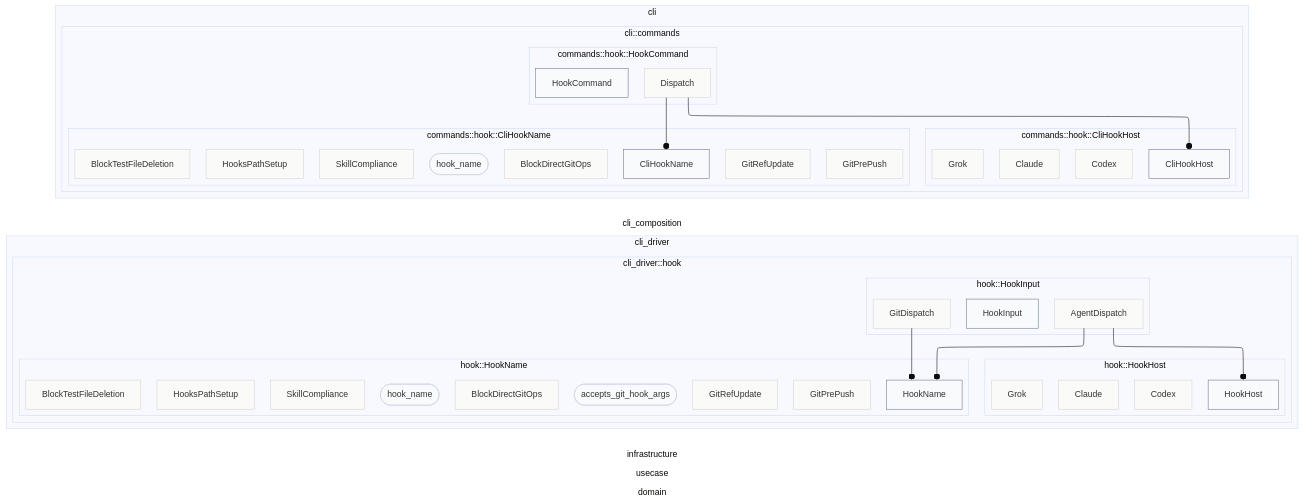
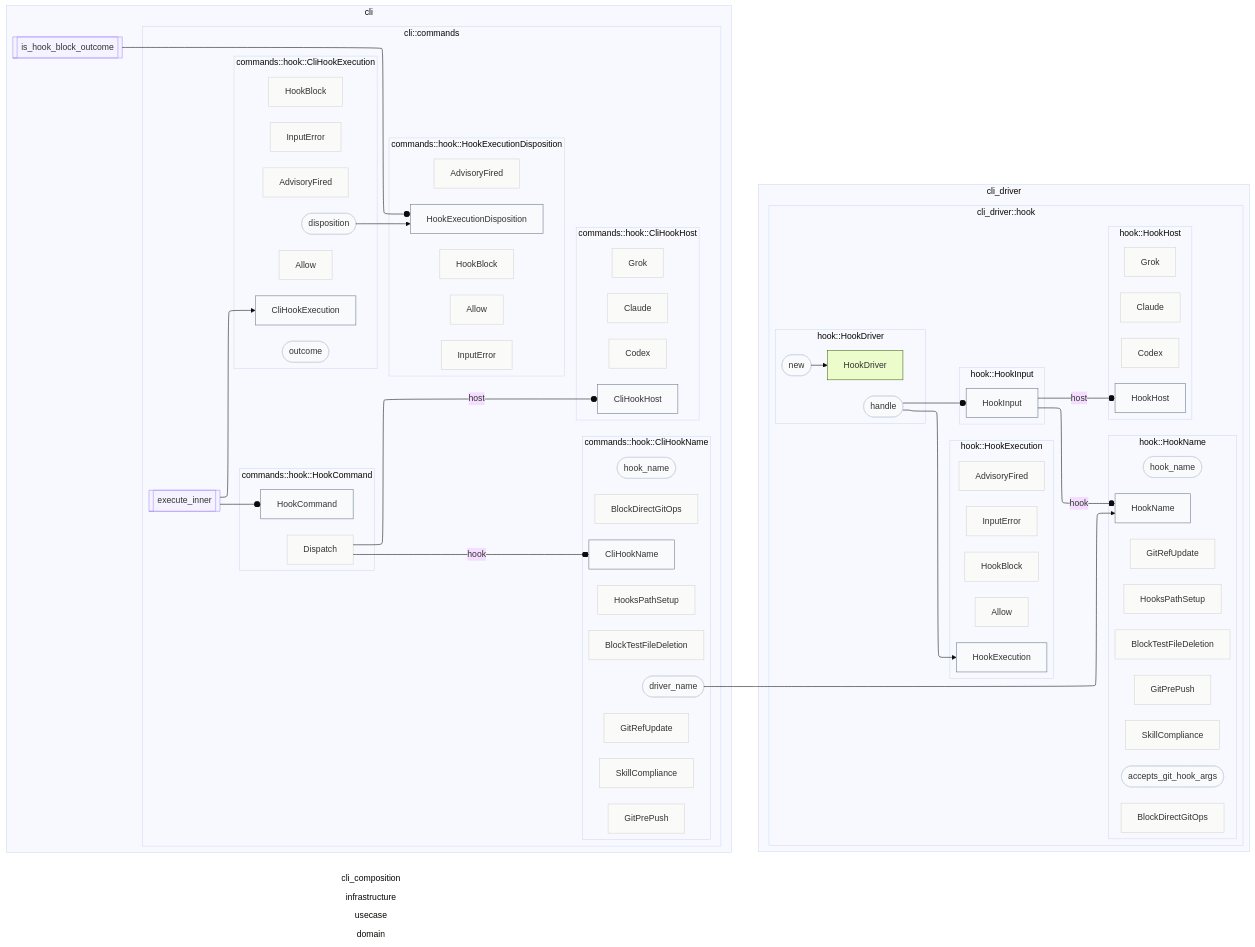
One commit to Flip451/SoTOHE-core changed the diagram in track/items/2026-09-05-hook-explicit-host-input-contract/contract-map.md. Above: the diagram before and after it, drawn with Mermaid (base theme). The commit also changed 42 other files, not shown here.

Commit message:
feat(hooks): require explicit host dispatch

````diff
--- a/track/items/2026-09-05-hook-explicit-host-input-contract/contract-map.md
+++ b/track/items/2026-09-05-hook-explicit-host-input-contract/contract-map.md
@@ -45,6 +45,14 @@
   direction TB
   subgraph M58_10_636c695f647269766572_10_636c695f647269766572_4_686f6f6b["cli_driver::hook"]
     direction TB
+  subgraph T77_10_636c695f647269766572_10_636c695f647269766572_13_486f6f6b457865637574696f6e["hook::HookExecution"]
+    direction TB
+    T77_10_636c695f647269766572_10_636c695f647269766572_13_486f6f6b457865637574696f6e__self[HookExecution]
+    T77_10_636c695f647269766572_10_636c695f647269766572_13_486f6f6b457865637574696f6e_InputError[InputError]
+    T77_10_636c695f647269766572_10_636c695f647269766572_13_486f6f6b457865637574696f6e_HookBlock[HookBlock]
+    T77_10_636c695f647269766572_10_636c695f647269766572_13_486f6f6b457865637574696f6e_AdvisoryFired[AdvisoryFired]
+    T77_10_636c695f647269766572_10_636c695f647269766572_13_486f6f6b457865637574696f6e_Allow[Allow]
+  end
   subgraph T66_10_636c695f647269766572_10_636c695f647269766572_8_486f6f6b486f7374["hook::HookHost"]
     direction TB
     T66_10_636c695f647269766572_10_636c695f647269766572_8_486f6f6b486f7374__self[HookHost]
@@ -52,11 +60,15 @@
     T66_10_636c695f647269766572_10_636c695f647269766572_8_486f6f6b486f7374_Codex[Codex]
     T66_10_636c695f647269766572_10_636c695f647269766572_8_486f6f6b486f7374_Grok[Grok]
   end
+  subgraph T107_10_636c695f647269766572_10_636c695f647269766572_28_636c695f6472697665723a3a686f6f6b3a3a486f6f6b447269766572["hook::HookDriver"]
+    direction TB
+    T107_10_636c695f647269766572_10_636c695f647269766572_28_636c695f6472697665723a3a686f6f6b3a3a486f6f6b447269766572__self[HookDriver]
+    T107_10_636c695f647269766572_10_636c695f647269766572_28_636c695f6472697665723a3a686f6f6b3a3a486f6f6b447269766572_new([new])
+    T107_10_636c695f647269766572_10_636c695f647269766572_28_636c695f6472697665723a3a686f6f6b3a3a486f6f6b447269766572_handle([handle])
+  end
   subgraph T105_10_636c695f647269766572_10_636c695f647269766572_27_636c695f6472697665723a3a686f6f6b3a3a486f6f6b496e707574["hook::HookInput"]
     direction TB
     T105_10_636c695f647269766572_10_636c695f647269766572_27_636c695f6472697665723a3a686f6f6b3a3a486f6f6b496e707574__self[HookInput]
-    T105_10_636c695f647269766572_10_636c695f647269766572_27_636c695f6472697665723a3a686f6f6b3a3a486f6f6b496e707574_AgentDispatch[AgentDispatch]
-    T105_10_636c695f647269766572_10_636c695f647269766572_27_636c695f6472697665723a3a686f6f6b3a3a486f6f6b496e707574_GitDispatch[GitDispatch]
   end
   subgraph T103_10_636c695f647269766572_10_636c695f647269766572_26_636c695f6472697665723a3a686f6f6b3a3a486f6f6b4e616d65["hook::HookName"]
     direction TB
@@ -77,14 +89,33 @@
 end
 subgraph L8_3_636c69["cli"]
   direction TB
+  F73_3_636c69_3_636c69_26_636c693a3a69735f686f6f6b5f626c6f636b5f6f7574636f6d65[[is_hook_block_outcome]]
   subgraph M36_3_636c69_3_636c69_8_636f6d6d616e6473["cli::commands"]
     direction TB
+  subgraph T53_3_636c69_3_636c69_16_436c69486f6f6b457865637574696f6e["commands::hook::CliHookExecution"]
+    direction TB
+    T53_3_636c69_3_636c69_16_436c69486f6f6b457865637574696f6e__self[CliHookExecution]
+    T53_3_636c69_3_636c69_16_436c69486f6f6b457865637574696f6e_InputError[InputError]
+    T53_3_636c69_3_636c69_16_436c69486f6f6b457865637574696f6e_HookBlock[HookBlock]
+    T53_3_636c69_3_636c69_16_436c69486f6f6b457865637574696f6e_AdvisoryFired[AdvisoryFired]
+    T53_3_636c69_3_636c69_16_436c69486f6f6b457865637574696f6e_Allow[Allow]
+    T53_3_636c69_3_636c69_16_436c69486f6f6b457865637574696f6e_outcome([outcome])
+    T53_3_636c69_3_636c69_16_436c69486f6f6b457865637574696f6e_disposition([disposition])
+  end
   subgraph T43_3_636c69_3_636c69_11_436c69486f6f6b486f7374["commands::hook::CliHookHost"]
     direction TB
     T43_3_636c69_3_636c69_11_436c69486f6f6b486f7374__self[CliHookHost]
     T43_3_636c69_3_636c69_11_436c69486f6f6b486f7374_Claude[Claude]
     T43_3_636c69_3_636c69_11_436c69486f6f6b486f7374_Codex[Codex]
     T43_3_636c69_3_636c69_11_436c69486f6f6b486f7374_Grok[Grok]
+  end
+  subgraph T69_3_636c69_3_636c69_24_486f6f6b457865637574696f6e446973706f736974696f6e["commands::hook::HookExecutionDisposition"]
+    direction TB
+    T69_3_636c69_3_636c69_24_486f6f6b457865637574696f6e446973706f736974696f6e__self[HookExecutionDisposition]
+    T69_3_636c69_3_636c69_24_486f6f6b457865637574696f6e446973706f736974696f6e_InputError[InputError]
+    T69_3_636c69_3_636c69_24_486f6f6b457865637574696f6e446973706f736974696f6e_HookBlock[HookBlock]
+    T69_3_636c69_3_636c69_24_486f6f6b457865637574696f6e446973706f736974696f6e_AdvisoryFired[AdvisoryFired]
+    T69_3_636c69_3_636c69_24_486f6f6b457865637574696f6e446973706f736974696f6e_Allow[Allow]
   end
   subgraph T85_3_636c69_3_636c69_32_636c693a3a636f6d6d616e64733a3a686f6f6b3a3a436c69486f6f6b4e616d65["commands::hook::CliHookName"]
     direction TB
@@ -96,25 +127,40 @@
     T85_3_636c69_3_636c69_32_636c693a3a636f6d6d616e64733a3a686f6f6b3a3a436c69486f6f6b4e616d65_GitPrePush[GitPrePush]
     T85_3_636c69_3_636c69_32_636c693a3a636f6d6d616e64733a3a686f6f6b3a3a436c69486f6f6b4e616d65_SkillCompliance[SkillCompliance]
     T85_3_636c69_3_636c69_32_636c693a3a636f6d6d616e64733a3a686f6f6b3a3a436c69486f6f6b4e616d65_hook_name([hook_name])
+    T85_3_636c69_3_636c69_32_636c693a3a636f6d6d616e64733a3a686f6f6b3a3a436c69486f6f6b4e616d65_driver_name([driver_name])
   end
   subgraph T85_3_636c69_3_636c69_32_636c693a3a636f6d6d616e64733a3a686f6f6b3a3a486f6f6b436f6d6d616e64["commands::hook::HookCommand"]
     direction TB
     T85_3_636c69_3_636c69_32_636c693a3a636f6d6d616e64733a3a686f6f6b3a3a486f6f6b436f6d6d616e64__self[HookCommand]
     T85_3_636c69_3_636c69_32_636c693a3a636f6d6d616e64733a3a686f6f6b3a3a486f6f6b436f6d6d616e64_Dispatch[Dispatch]
   end
+  F89_3_636c69_3_636c69_34_636c693a3a636f6d6d616e64733a3a686f6f6b3a3a657865637574655f696e6e6572[[execute_inner]]
   end
 end
-T105_10_636c695f647269766572_10_636c695f647269766572_27_636c695f6472697665723a3a686f6f6b3a3a486f6f6b496e707574_AgentDispatch --o T103_10_636c695f647269766572_10_636c695f647269766572_26_636c695f6472697665723a3a686f6f6b3a3a486f6f6b4e616d65__self
-T105_10_636c695f647269766572_10_636c695f647269766572_27_636c695f6472697665723a3a686f6f6b3a3a486f6f6b496e707574_AgentDispatch --o T66_10_636c695f647269766572_10_636c695f647269766572_8_486f6f6b486f7374__self
-T105_10_636c695f647269766572_10_636c695f647269766572_27_636c695f6472697665723a3a686f6f6b3a3a486f6f6b496e707574_GitDispatch --o T103_10_636c695f647269766572_10_636c695f647269766572_26_636c695f6472697665723a3a686f6f6b3a3a486f6f6b4e616d65__self
-T85_3_636c69_3_636c69_32_636c693a3a636f6d6d616e64733a3a686f6f6b3a3a486f6f6b436f6d6d616e64_Dispatch --o T85_3_636c69_3_636c69_32_636c693a3a636f6d6d616e64733a3a686f6f6b3a3a436c69486f6f6b4e616d65__self
-T85_3_636c69_3_636c69_32_636c693a3a636f6d6d616e64733a3a686f6f6b3a3a486f6f6b436f6d6d616e64_Dispatch --o T43_3_636c69_3_636c69_11_436c69486f6f6b486f7374__self
+T107_10_636c695f647269766572_10_636c695f647269766572_28_636c695f6472697665723a3a686f6f6b3a3a486f6f6b447269766572_new --> T107_10_636c695f647269766572_10_636c695f647269766572_28_636c695f6472697665723a3a686f6f6b3a3a486f6f6b447269766572__self
+T107_10_636c695f647269766572_10_636c695f647269766572_28_636c695f6472697665723a3a686f6f6b3a3a486f6f6b447269766572_handle --o T105_10_636c695f647269766572_10_636c695f647269766572_27_636c695f6472697665723a3a686f6f6b3a3a486f6f6b496e707574__self
+T107_10_636c695f647269766572_10_636c695f647269766572_28_636c695f6472697665723a3a686f6f6b3a3a486f6f6b447269766572_handle --> T77_10_636c695f647269766572_10_636c695f647269766572_13_486f6f6b457865637574696f6e__self
+T105_10_636c695f647269766572_10_636c695f647269766572_27_636c695f6472697665723a3a686f6f6b3a3a486f6f6b496e707574__self --o|hook| T103_10_636c695f647269766572_10_636c695f647269766572_26_636c695f6472697665723a3a686f6f6b3a3a486f6f6b4e616d65__self
+T105_10_636c695f647269766572_10_636c695f647269766572_27_636c695f6472697665723a3a686f6f6b3a3a486f6f6b496e707574__self --o|host| T66_10_636c695f647269766572_10_636c695f647269766572_8_486f6f6b486f7374__self
+F73_3_636c69_3_636c69_26_636c693a3a69735f686f6f6b5f626c6f636b5f6f7574636f6d65 --o T69_3_636c69_3_636c69_24_486f6f6b457865637574696f6e446973706f736974696f6e__self
+T53_3_636c69_3_636c69_16_436c69486f6f6b457865637574696f6e_disposition --> T69_3_636c69_3_636c69_24_486f6f6b457865637574696f6e446973706f736974696f6e__self
+T85_3_636c69_3_636c69_32_636c693a3a636f6d6d616e64733a3a686f6f6b3a3a436c69486f6f6b4e616d65_driver_name --> T103_10_636c695f647269766572_10_636c695f647269766572_26_636c695f6472697665723a3a686f6f6b3a3a486f6f6b4e616d65__self
+T85_3_636c69_3_636c69_32_636c693a3a636f6d6d616e64733a3a686f6f6b3a3a486f6f6b436f6d6d616e64_Dispatch --o|hook| T85_3_636c69_3_636c69_32_636c693a3a636f6d6d616e64733a3a686f6f6b3a3a436c69486f6f6b4e616d65__self
+T85_3_636c69_3_636c69_32_636c693a3a636f6d6d616e64733a3a686f6f6b3a3a486f6f6b436f6d6d616e64_Dispatch --o|host| T43_3_636c69_3_636c69_11_436c69486f6f6b486f7374__self
+F89_3_636c69_3_636c69_34_636c693a3a636f6d6d616e64733a3a686f6f6b3a3a657865637574655f696e6e6572 --o T85_3_636c69_3_636c69_32_636c693a3a636f6d6d616e64733a3a686f6f6b3a3a486f6f6b436f6d6d616e64__self
+F89_3_636c69_3_636c69_34_636c693a3a636f6d6d616e64733a3a686f6f6b3a3a657865637574655f696e6e6572 --> T53_3_636c69_3_636c69_16_436c69486f6f6b457865637574696f6e__self
+class T77_10_636c695f647269766572_10_636c695f647269766572_13_486f6f6b457865637574696f6e_InputError variant_node
+class T77_10_636c695f647269766572_10_636c695f647269766572_13_486f6f6b457865637574696f6e_HookBlock variant_node
+class T77_10_636c695f647269766572_10_636c695f647269766572_13_486f6f6b457865637574696f6e_AdvisoryFired variant_node
+class T77_10_636c695f647269766572_10_636c695f647269766572_13_486f6f6b457865637574696f6e_Allow variant_node
+class T77_10_636c695f647269766572_10_636c695f647269766572_13_486f6f6b457865637574696f6e__self dto
 class T66_10_636c695f647269766572_10_636c695f647269766572_8_486f6f6b486f7374_Claude variant_node
 class T66_10_636c695f647269766572_10_636c695f647269766572_8_486f6f6b486f7374_Codex variant_node
 class T66_10_636c695f647269766572_10_636c695f647269766572_8_486f6f6b486f7374_Grok variant_node
 class T66_10_636c695f647269766572_10_636c695f647269766572_8_486f6f6b486f7374__self dto
-class T105_10_636c695f647269766572_10_636c695f647269766572_27_636c695f6472697665723a3a686f6f6b3a3a486f6f6b496e707574_AgentDispatch variant_node
-class T105_10_636c695f647269766572_10_636c695f647269766572_27_636c695f6472697665723a3a686f6f6b3a3a486f6f6b496e707574_GitDispatch variant_node
+class T107_10_636c695f647269766572_10_636c695f647269766572_28_636c695f6472697665723a3a686f6f6b3a3a486f6f6b447269766572_new method_node
+class T107_10_636c695f647269766572_10_636c695f647269766572_28_636c695f6472697665723a3a686f6f6b3a3a486f6f6b447269766572_handle method_node
+class T107_10_636c695f647269766572_10_636c695f647269766572_28_636c695f6472697665723a3a686f6f6b3a3a486f6f6b447269766572__self primary_adapter
 class T105_10_636c695f647269766572_10_636c695f647269766572_27_636c695f6472697665723a3a686f6f6b3a3a486f6f6b496e707574__self dto
 class T103_10_636c695f647269766572_10_636c695f647269766572_26_636c695f6472697665723a3a686f6f6b3a3a486f6f6b4e616d65_HooksPathSetup variant_node
 class T103_10_636c695f647269766572_10_636c695f647269766572_26_636c695f6472697665723a3a686f6f6b3a3a486f6f6b4e616d65_BlockDirectGitOps variant_node
@@ -125,10 +171,24 @@
 class T103_10_636c695f647269766572_10_636c695f647269766572_26_636c695f6472697665723a3a686f6f6b3a3a486f6f6b4e616d65_hook_name method_node
 class T103_10_636c695f647269766572_10_636c695f647269766572_26_636c695f6472697665723a3a686f6f6b3a3a486f6f6b4e616d65_accepts_git_hook_args method_node
 class T103_10_636c695f647269766572_10_636c695f647269766572_26_636c695f6472697665723a3a686f6f6b3a3a486f6f6b4e616d65__self dto
+class F73_3_636c69_3_636c69_26_636c693a3a69735f686f6f6b5f626c6f636b5f6f7574636f6d65 free_function
+class F73_3_636c69_3_636c69_26_636c693a3a69735f686f6f6b5f626c6f636b5f6f7574636f6d65 function_node
+class T53_3_636c69_3_636c69_16_436c69486f6f6b457865637574696f6e_InputError variant_node
+class T53_3_636c69_3_636c69_16_436c69486f6f6b457865637574696f6e_HookBlock variant_node
+class T53_3_636c69_3_636c69_16_436c69486f6f6b457865637574696f6e_AdvisoryFired variant_node
+class T53_3_636c69_3_636c69_16_436c69486f6f6b457865637574696f6e_Allow variant_node
+class T53_3_636c69_3_636c69_16_436c69486f6f6b457865637574696f6e_outcome method_node
+class T53_3_636c69_3_636c69_16_436c69486f6f6b457865637574696f6e_disposition method_node
+class T53_3_636c69_3_636c69_16_436c69486f6f6b457865637574696f6e__self dto
 class T43_3_636c69_3_636c69_11_436c69486f6f6b486f7374_Claude variant_node
 class T43_3_636c69_3_636c69_11_436c69486f6f6b486f7374_Codex variant_node
 class T43_3_636c69_3_636c69_11_436c69486f6f6b486f7374_Grok variant_node
 class T43_3_636c69_3_636c69_11_436c69486f6f6b486f7374__self dto
+class T69_3_636c69_3_636c69_24_486f6f6b457865637574696f6e446973706f736974696f6e_InputError variant_node
+class T69_3_636c69_3_636c69_24_486f6f6b457865637574696f6e446973706f736974696f6e_HookBlock variant_node
+class T69_3_636c69_3_636c69_24_486f6f6b457865637574696f6e446973706f736974696f6e_AdvisoryFired variant_node
+class T69_3_636c69_3_636c69_24_486f6f6b457865637574696f6e446973706f736974696f6e_Allow variant_node
+class T69_3_636c69_3_636c69_24_486f6f6b457865637574696f6e446973706f736974696f6e__self dto
 class T85_3_636c69_3_636c69_32_636c693a3a636f6d6d616e64733a3a686f6f6b3a3a436c69486f6f6b4e616d65_HooksPathSetup variant_node
 class T85_3_636c69_3_636c69_32_636c693a3a636f6d6d616e64733a3a686f6f6b3a3a436c69486f6f6b4e616d65_BlockDirectGitOps variant_node
 class T85_3_636c69_3_636c69_32_636c693a3a636f6d6d616e64733a3a686f6f6b3a3a436c69486f6f6b4e616d65_BlockTestFileDeletion variant_node
@@ -136,7 +196,10 @@
 class T85_3_636c69_3_636c69_32_636c693a3a636f6d6d616e64733a3a686f6f6b3a3a436c69486f6f6b4e616d65_GitPrePush variant_node
 class T85_3_636c69_3_636c69_32_636c693a3a636f6d6d616e64733a3a686f6f6b3a3a436c69486f6f6b4e616d65_SkillCompliance variant_node
 class T85_3_636c69_3_636c69_32_636c693a3a636f6d6d616e64733a3a686f6f6b3a3a436c69486f6f6b4e616d65_hook_name method_node
+class T85_3_636c69_3_636c69_32_636c693a3a636f6d6d616e64733a3a686f6f6b3a3a436c69486f6f6b4e616d65_driver_name method_node
 class T85_3_636c69_3_636c69_32_636c693a3a636f6d6d616e64733a3a686f6f6b3a3a436c69486f6f6b4e616d65__self dto
 class T85_3_636c69_3_636c69_32_636c693a3a636f6d6d616e64733a3a686f6f6b3a3a486f6f6b436f6d6d616e64_Dispatch variant_node
 class T85_3_636c69_3_636c69_32_636c693a3a636f6d6d616e64733a3a686f6f6b3a3a486f6f6b436f6d6d616e64__self dto
+class F89_3_636c69_3_636c69_34_636c693a3a636f6d6d616e64733a3a686f6f6b3a3a657865637574655f696e6e6572 free_function
+class F89_3_636c69_3_636c69_34_636c693a3a636f6d6d616e64733a3a686f6f6b3a3a657865637574655f696e6e6572 function_node
 ```
````
